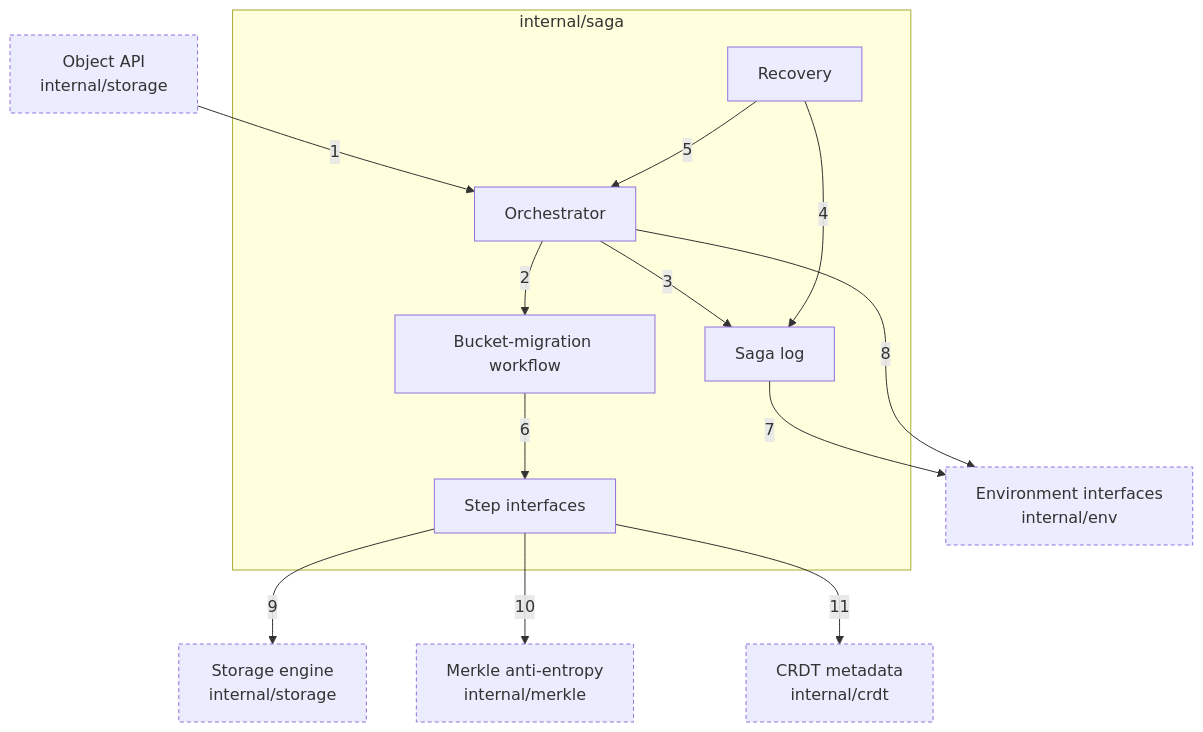
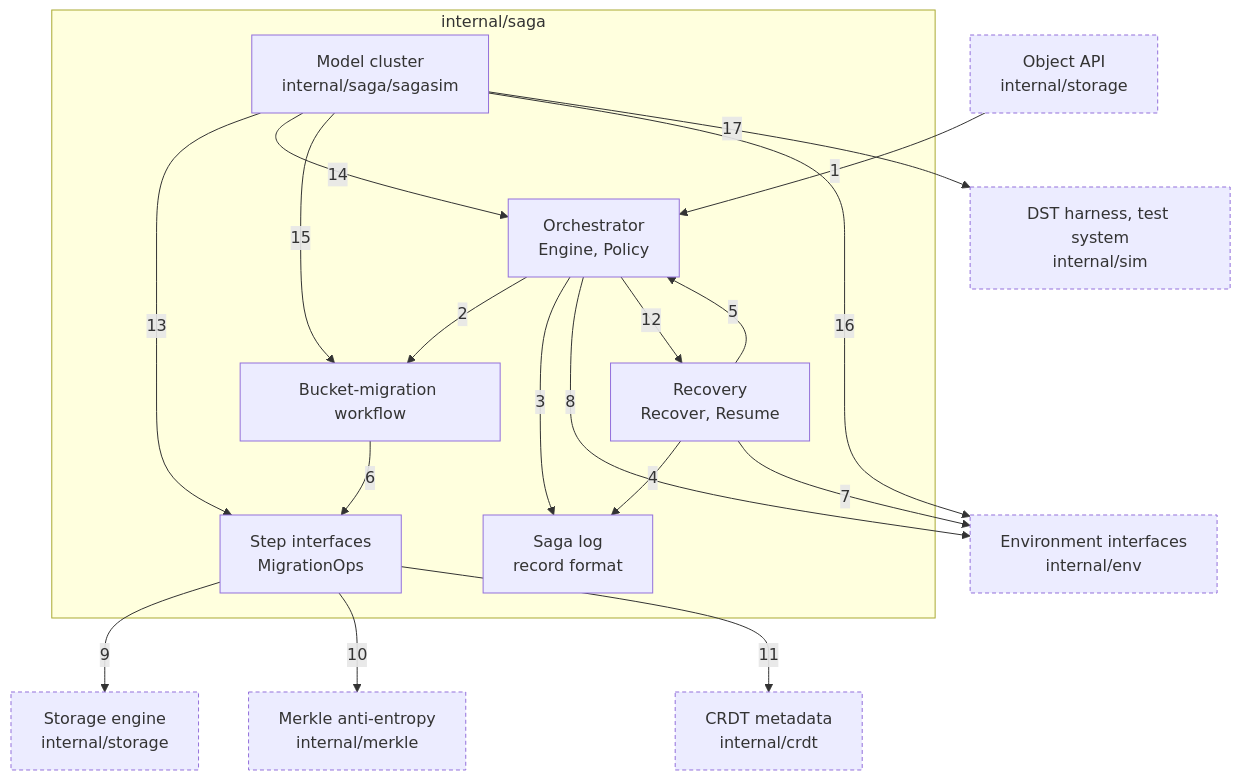
The diagram in docs/c4/08-component-saga.md (nickstrad/decentralized-object-store), drawn with Mermaid before and after one commit. The commit also changed other lines of this file and 9 other files, not shown here.

First line of the commit message:
c4: mark the saga engine and the migration workflow as built

````diff
--- a/docs/c4/08-component-saga.md
+++ b/docs/c4/08-component-saga.md
@@ -9,28 +7,36 @@
 ```mermaid
 flowchart TB
   API["Object API<br/>internal/storage"]
   subgraph SAGA["internal/saga"]
-    ORCH["Orchestrator"]
-    RECOVERY["Recovery"]
-    LOG["Saga log"]
+    ORCH["Orchestrator<br/>Engine, Policy"]
+    RECOVERY["Recovery<br/>Recover, Resume"]
+    LOG["Saga log<br/>record format"]
     WORKFLOW["Bucket-migration workflow"]
-    STEPS["Step interfaces"]
+    STEPS["Step interfaces<br/>MigrationOps"]
+    SIM["Model cluster<br/>internal/saga/sagasim"]
   end
   ENV["Environment interfaces<br/>internal/env"]
   STORAGE["Storage engine<br/>internal/storage"]
   MERKLE["Merkle anti-entropy<br/>internal/merkle"]
   CRDT["CRDT metadata<br/>internal/crdt"]
+  DST["DST harness, test system<br/>internal/sim"]
   API -->|1| ORCH
   ORCH -->|2| WORKFLOW
   ORCH -->|3| LOG
   RECOVERY -->|4| LOG
   RECOVERY -->|5| ORCH
   WORKFLOW -->|6| STEPS
-  LOG -->|7| ENV
+  RECOVERY -->|7| ENV
   ORCH -->|8| ENV
   STEPS -->|9| STORAGE
   STEPS -->|10| MERKLE
   STEPS -->|11| CRDT
+  ORCH -->|12| RECOVERY
+  SIM -->|13| STEPS
+  SIM -->|14| ORCH
+  SIM -->|15| WORKFLOW
+  SIM -->|16| ENV
+  SIM -->|17| DST
   classDef ext stroke-dasharray:4 3
-  class API,ENV,STORAGE,MERKLE,CRDT ext
+  class API,ENV,STORAGE,MERKLE,CRDT,DST ext
 ```
````
